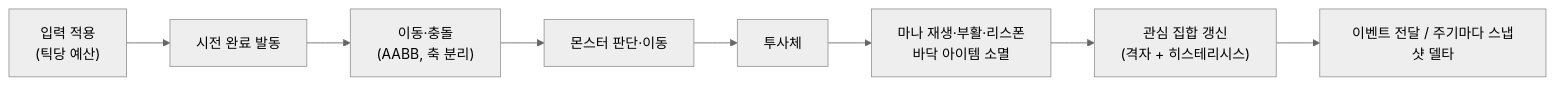
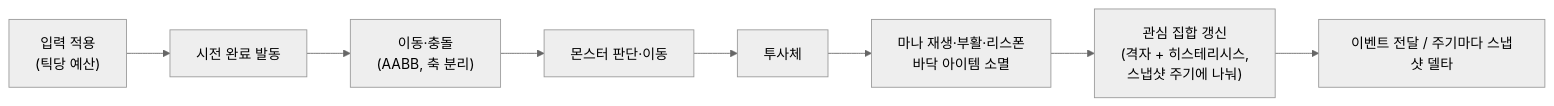
One commit to hstar0124/sa-server changed the fifth of 11 diagrams in README.md. Above: the diagram before and after it, drawn with Mermaid (neutral theme). The commit also changed other lines of this file and 9 other files, not shown here.

````diff
--- a/README.md
+++ b/README.md
@@ -258,4 +258,4 @@
 ```mermaid
 flowchart LR
-    A["입력 적용<br/>(틱당 예산)"] --> B["시전 완료 발동"] --> C["이동·충돌<br/>(AABB, 축 분리)"] --> D["몬스터 판단·이동"] --> E["투사체"] --> F["마나 재생·부활·리스폰<br/>바닥 아이템 소멸"] --> G["관심 집합 갱신<br/>(격자 + 히스테리시스)"] --> H["이벤트 전달 / 주기마다 스냅샷 델타"]
+    A["입력 적용<br/>(틱당 예산)"] --> B["시전 완료 발동"] --> C["이동·충돌<br/>(AABB, 축 분리)"] --> D["몬스터 판단·이동"] --> E["투사체"] --> F["마나 재생·부활·리스폰<br/>바닥 아이템 소멸"] --> G["관심 집합 갱신<br/>(격자 + 히스테리시스,<br/>스냅샷 주기에 나눠)"] --> H["이벤트 전달 / 주기마다 스냅샷 델타"]
 ```
````
